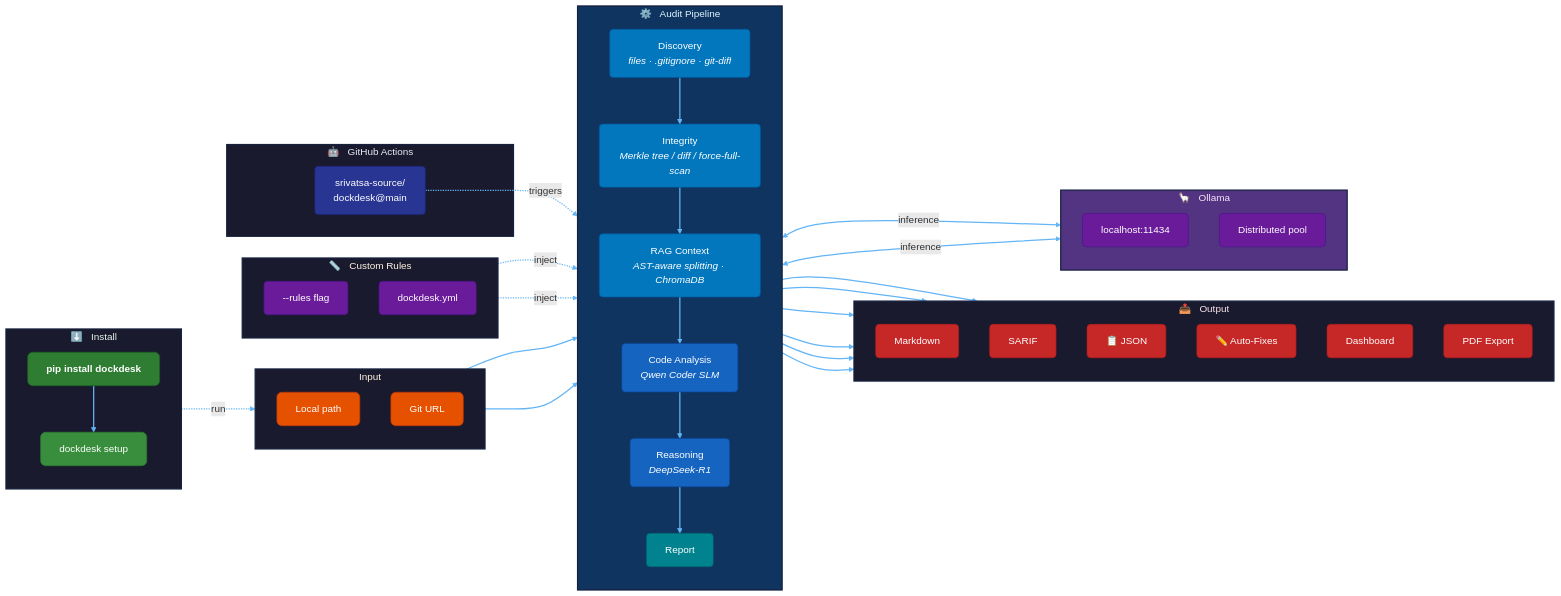
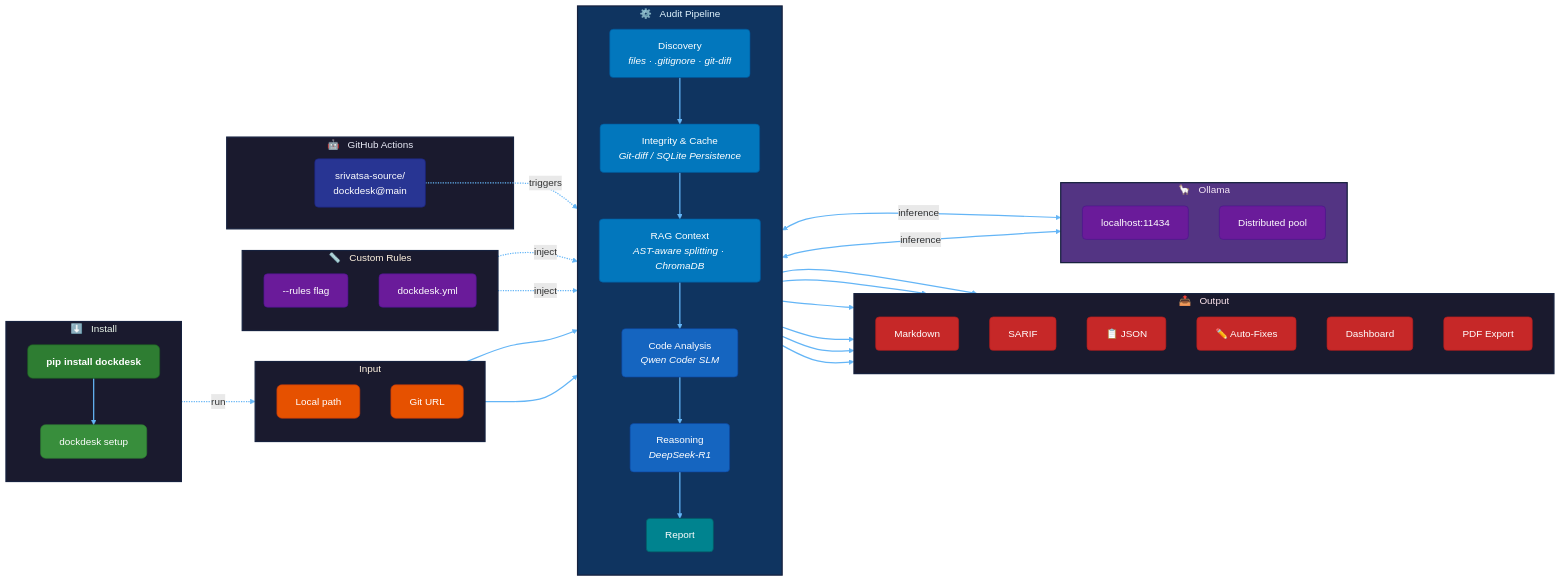
Before and after one commit to actions-marketplace-validations/srivatsa-source_dockdesk: the diagram in README.md, drawn with Mermaid. The commit also changed other lines of this file and 2 other files, not shown here.

Commit message:
docs: release v3.3.0 with updated README and architecture diagrams

```diff
--- a/README.md
+++ b/README.md
@@ -134,7 +136,7 @@
         direction TB
 
         DISCOVER["Discovery<br/><i>files · .gitignore · git-diff</i>"]
-        MERKLE["Integrity<br/><i>Merkle tree / diff / force-full-scan</i>"]
+        MERKLE["Integrity & Cache<br/><i>Git-diff / SQLite Persistence</i>"]
         RAG["RAG Context<br/><i>AST-aware splitting · ChromaDB</i>"]
         CODE["Code Analysis<br/><i>Qwen Coder SLM</i>"]
         REASON["Reasoning<br/><i>DeepSeek-R1</i>"]
```
